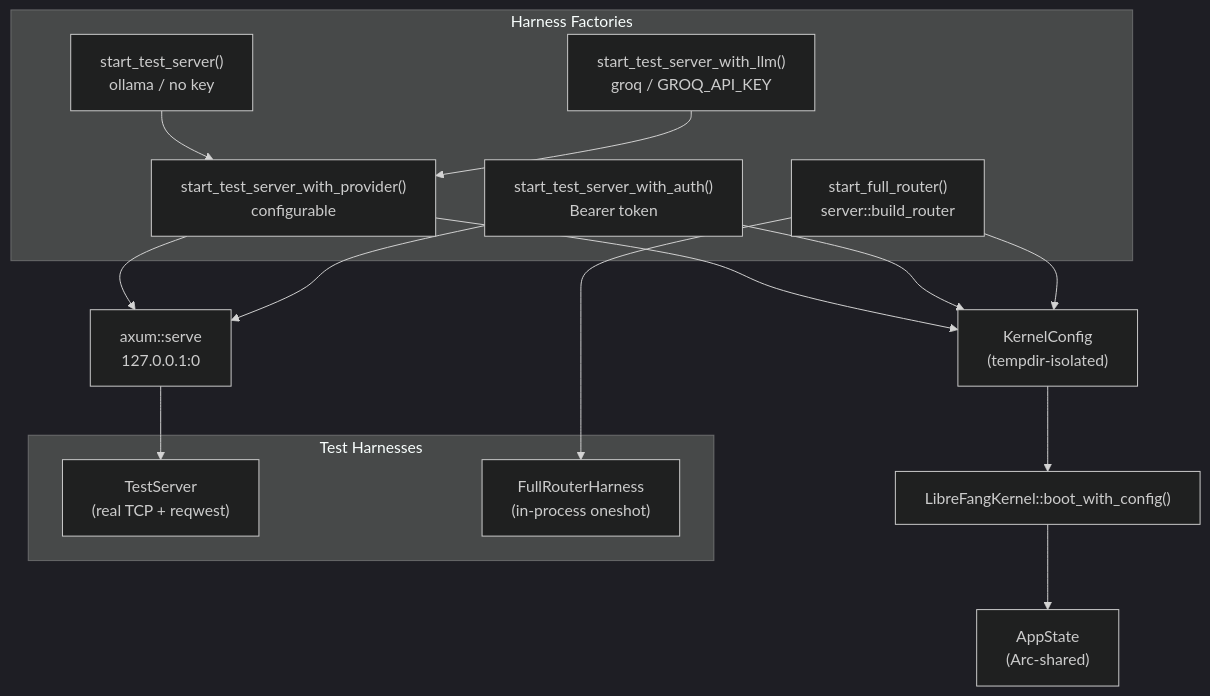
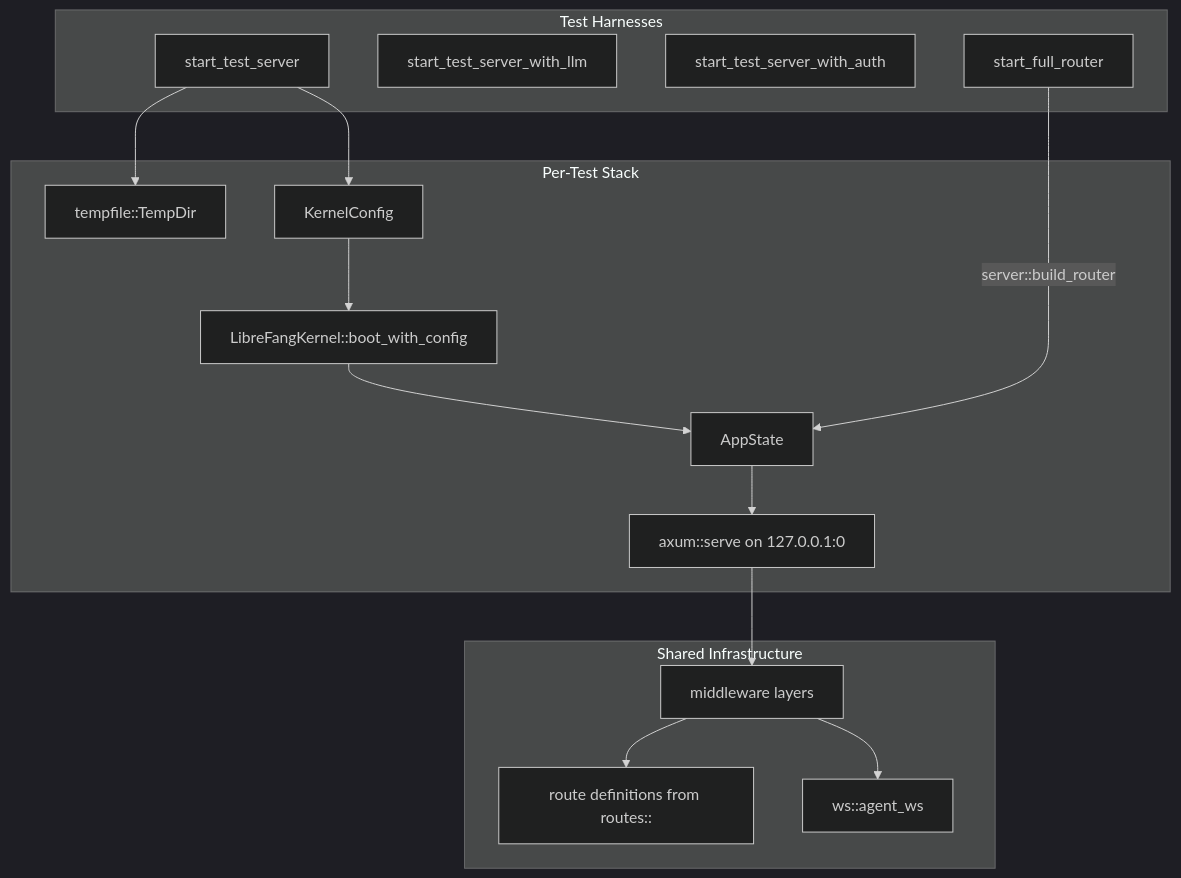
The diagram in other-librefang-api-tests.md (leszek3737/librefang-WIki), drawn with Mermaid (dark theme) before and after one commit. The commit also changed other lines of this file and 98 other files, not shown here.

````diff
--- a/other-librefang-api-tests.md
+++ b/other-librefang-api-tests.md
@@ -22,32 +25,31 @@
 ```mermaid
 graph TD
     subgraph "Test Harnesses"
-        TS["TestServer<br/>(real TCP + reqwest)"]
-        FR["FullRouterHarness<br/>(in-process oneshot)"]
+        TS[start_test_server]
+        TSLLM[start_test_server_with_llm]
+        TSAUTH[start_test_server_with_auth]
+        FR[start_full_router]
     end
 
-    subgraph "Harness Factories"
-        STS["start_test_server()<br/>ollama / no key"]
-        STSLLM["start_test_server_with_llm()<br/>groq / GROQ_API_KEY"]
-        STSProv["start_test_server_with_provider()<br/>configurable"]
-        STSAuth["start_test_server_with_auth()<br/>Bearer token"]
-        SFR["start_full_router()<br/>server::build_router"]
+    subgraph "Per-Test Stack"
+        TMP[tempfile::TempDir]
+        KC[KernelConfig]
+        K[LibreFangKernel::boot_with_config]
+        AS[AppState]
+        AX[axum::serve on 127.0.0.1:0]
     end
 
-    KC["KernelConfig<br/>(tempdir-isolated)"]
-    LFK["LibreFangKernel::boot_with_config()"]
-    AS["AppState<br/>(Arc-shared)"]
-    AX["axum::serve<br/>127.0.0.1:0"]
+    subgraph "Shared Infrastructure"
+        ML[middleware layers]
+        RT[route definitions from routes::]
+        WS[ws::agent_ws]
+    end
 
-    STS --> STSProv
-    STSLLM --> STSProv
-    STSProv --> KC
-    STSAuth --> KC
-    SFR --> KC
-    KC --> LFK
-    LFK --> AS
-    STSProv --> AX
-    STSAuth --> AX
-    AX --> TS
-    SFR --> FR
+    TS --> TMP
+    TS --> KC --> K --> AS
+    AS --> AX
+    FR --> |"server::build_router"| AS
+
+    AX --> ML --> RT
+    ML --> WS
 ```
````
